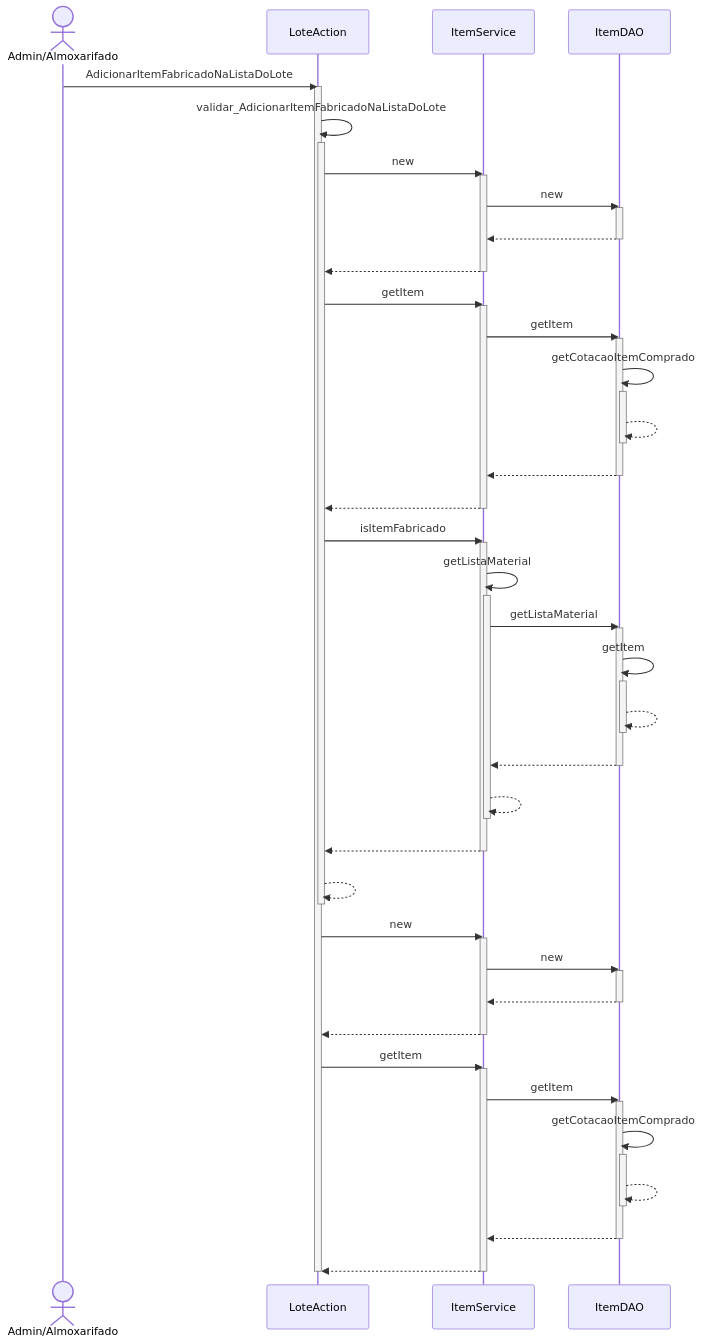
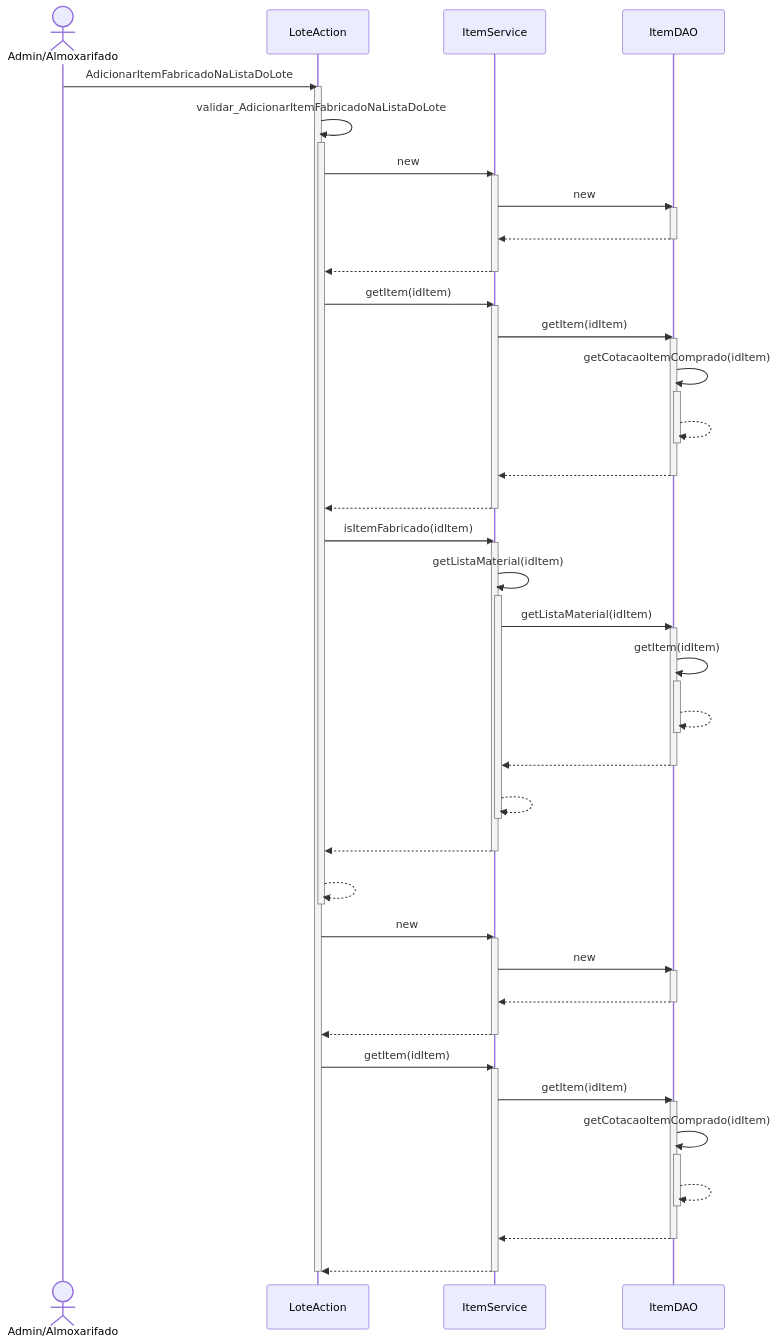
The diagram in DiagramaSequencia/Novo Diagrama Sequencia/Movimentacao/Adicionar Item Fabricado Na Lista Do Lote.mmd (branqsMRP/SequenceDiagram), drawn with Mermaid before and after one commit. The commit also changed 2 other files, not shown here.

```diff
--- a/DiagramaSequencia/Novo Diagrama Sequencia/Movimentacao/Adicionar Item Fabricado Na Lista Do Lote.mmd
+++ b/DiagramaSequencia/Novo Diagrama Sequencia/Movimentacao/Adicionar Item Fabricado Na Lista Do Lote.mmd
@@ -1,65 +1,65 @@
 sequenceDiagram
 actor AA as Admin/Almoxarifado
 AA ->> LoteAction : AdicionarItemFabricadoNaListaDoLote
 activate LoteAction
 LoteAction ->> LoteAction : validar_AdicionarItemFabricadoNaListaDoLote
 activate LoteAction
 LoteAction ->> ItemService : new
 activate ItemService
 ItemService ->> ItemDAO : new
 activate ItemDAO
 ItemDAO -->> ItemService : #32; 
 deactivate ItemDAO
 ItemService -->> LoteAction : #32; 
 deactivate ItemService
-LoteAction ->> ItemService : getItem
+LoteAction ->> ItemService : getItem(idItem)
 activate ItemService
-ItemService ->> ItemDAO : getItem
+ItemService ->> ItemDAO : getItem(idItem)
 activate ItemDAO
-ItemDAO ->> ItemDAO : getCotacaoItemComprado
+ItemDAO ->> ItemDAO : getCotacaoItemComprado(idItem)
 activate ItemDAO
 ItemDAO -->> ItemDAO : #32; 
 deactivate ItemDAO
 ItemDAO -->> ItemService : #32; 
 deactivate ItemDAO
 ItemService -->> LoteAction : #32; 
 deactivate ItemService
-LoteAction ->> ItemService : isItemFabricado
+LoteAction ->> ItemService : isItemFabricado(idItem)
 activate ItemService
-ItemService ->> ItemService : getListaMaterial
+ItemService ->> ItemService : getListaMaterial(idItem)
 activate ItemService
-ItemService ->> ItemDAO : getListaMaterial
+ItemService ->> ItemDAO : getListaMaterial(idItem)
 activate ItemDAO
-ItemDAO ->> ItemDAO : getItem
+ItemDAO ->> ItemDAO : getItem(idItem)
 activate ItemDAO
 ItemDAO -->> ItemDAO : #32; 
 deactivate ItemDAO
 ItemDAO -->> ItemService : #32; 
 deactivate ItemDAO
 ItemService -->> ItemService : #32; 
 deactivate ItemService
 ItemService -->> LoteAction : #32; 
 deactivate ItemService
 LoteAction -->> LoteAction : #32; 
 deactivate LoteAction
 LoteAction ->> ItemService : new
 activate ItemService
 ItemService ->> ItemDAO : new
 activate ItemDAO
 ItemDAO -->> ItemService : #32; 
 deactivate ItemDAO
 ItemService -->> LoteAction : #32; 
 deactivate ItemService
-LoteAction ->> ItemService : getItem
+LoteAction ->> ItemService : getItem(idItem)
 activate ItemService
-ItemService ->> ItemDAO : getItem
+ItemService ->> ItemDAO : getItem(idItem)
 activate ItemDAO
-ItemDAO ->> ItemDAO : getCotacaoItemComprado
+ItemDAO ->> ItemDAO : getCotacaoItemComprado(idItem)
 activate ItemDAO
 ItemDAO -->> ItemDAO : #32; 
 deactivate ItemDAO
 ItemDAO -->> ItemService : #32; 
 deactivate ItemDAO
 ItemService -->> LoteAction : #32; 
 deactivate ItemService
 deactivate LoteAction
```
